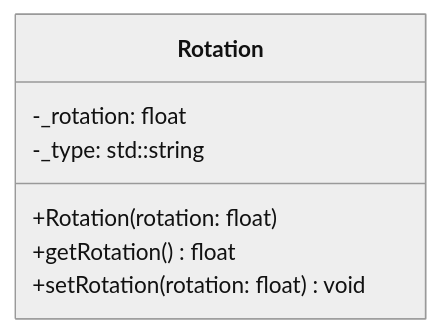
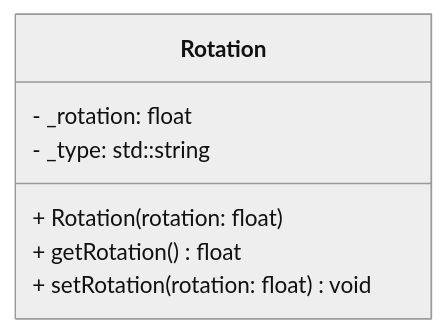
Before and after one commit to MYAMBO/R-Type: the diagram in docs/ECS/component/Rotation.md, drawn with Mermaid (neutral theme). The commit also changed other lines of this file and 17 other files, not shown here.

````diff
--- a/docs/ECS/component/Rotation.md
+++ b/docs/ECS/component/Rotation.md
@@ -11,10 +36,10 @@
 ```mermaid
 classDiagram
   class Rotation {
-    -_rotation: float
-    -_type: std::string
-    +Rotation(rotation: float)
-    +getRotation() float
-    +setRotation(rotation: float) void
+    - _rotation: float
+    - _type: std::string
+    + Rotation(rotation: float)
+    + getRotation() float
+    + setRotation(rotation: float) void
   }
 ```
````
